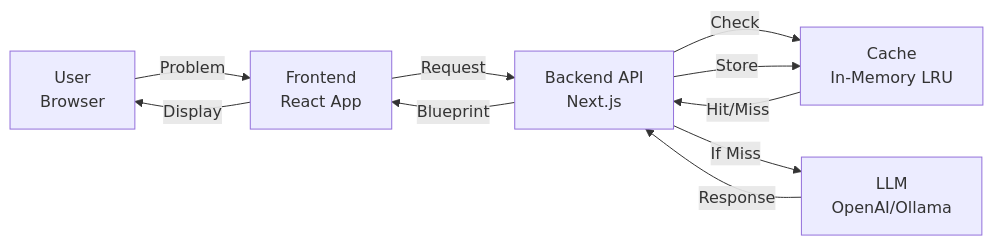
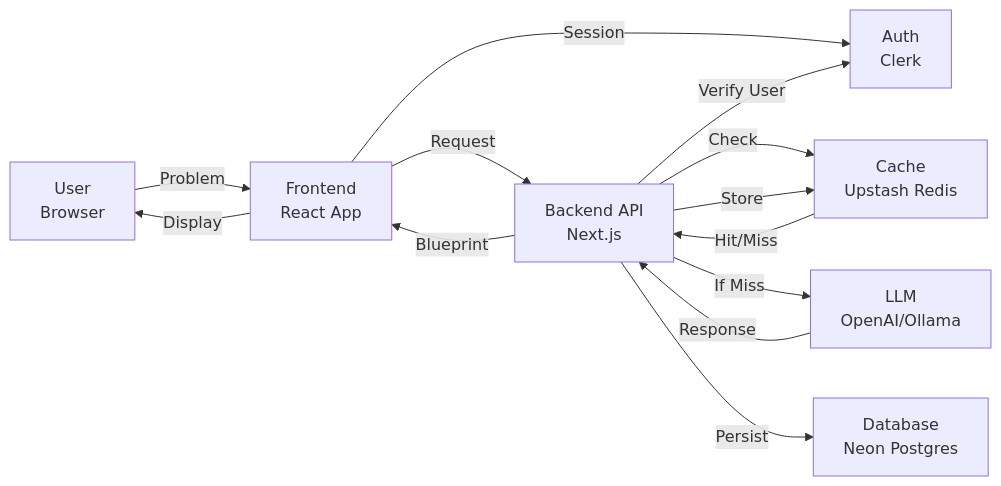
One commit to harshith53/AI-Powered-System-Design-Visualiser changed the first of 3 diagrams in README.md. Above: the diagram before and after it, drawn with Mermaid. The commit also changed other lines of this file and 13 other files, not shown here.

Commit message:
feat: main market site auth , redis, neon DB 2.0

````diff
--- a/README.md
+++ b/README.md
@@ -131,18 +133,23 @@
 ```mermaid
 graph LR
     User["User<br/>Browser"]
     Frontend["Frontend<br/>React App"]
+   Auth["Auth<br/>Clerk"]
     API["Backend API<br/>Next.js"]
     LLM["LLM<br/>OpenAI/Ollama"]
-    Cache["Cache<br/>In-Memory LRU"]
+   Cache["Cache<br/>Upstash Redis"]
+   DB["Database<br/>Neon Postgres"]
     
     User -->|Problem| Frontend
+   Frontend -->|Session| Auth
     Frontend -->|Request| API
+   API -->|Verify User| Auth
     API -->|Check| Cache
     Cache -->|Hit/Miss| API
     API -->|If Miss| LLM
     LLM -->|Response| API
     API -->|Store| Cache
+   API -->|Persist| DB
     API -->|Blueprint| Frontend
     Frontend -->|Display| User
 ```
````
